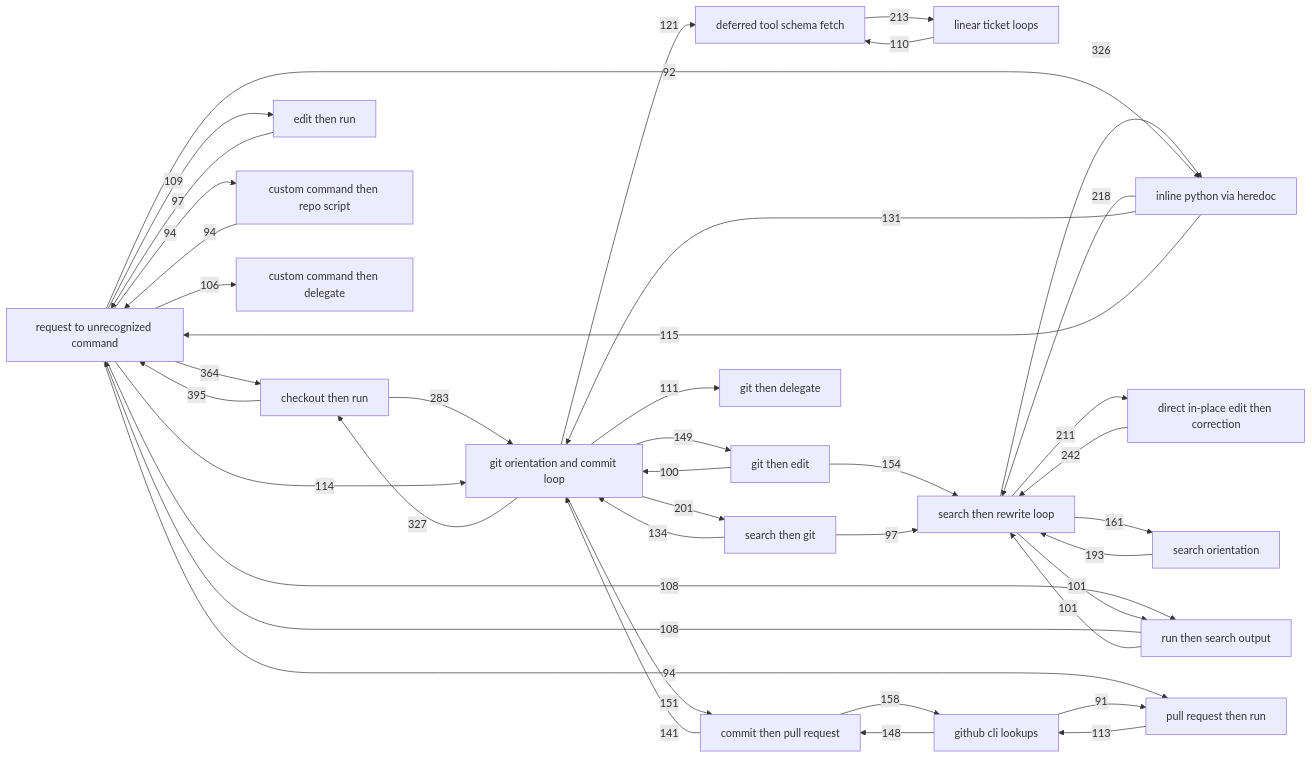
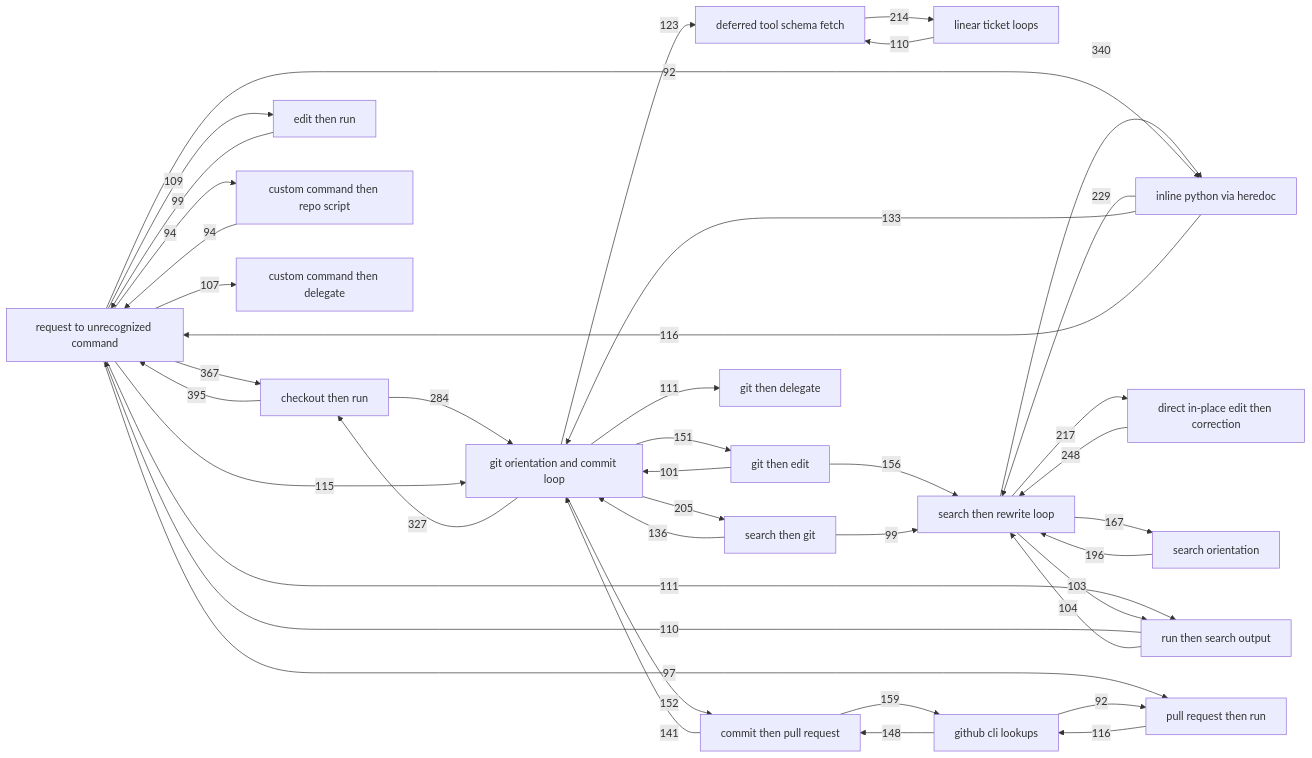
The diagram in candidates.md (aidanff/comb), drawn with Mermaid before and after one commit. The commit also changed other lines of this file and 2 other files, not shown here.

````diff
--- a/candidates.md
+++ b/candidates.md
@@ -465,62 +468,62 @@
 ```mermaid
 graph LR
   N001["deferred tool schema fetch"]
   N002["request to unrecognized command"]
   N003["git orientation and commit loop"]
   N004["linear ticket loops"]
   N006["inline python via heredoc"]
   N007["search then rewrite loop"]
   N009["checkout then run"]
   N010["direct in-place edit then correction"]
   N012["search orientation"]
   N014["edit then run"]
   N015["github cli lookups"]
   N016["run then search output"]
   N017["git then edit"]
   N019["commit then pull request"]
   N020["custom command then repo script"]
   N023["pull request then run"]
   N028["search then git"]
   N029["custom command then delegate"]
   N037["git then delegate"]
   N009 -->|395| N002
-  N002 -->|364| N009
+  N002 -->|367| N009
+  N007 -->|340| N006
   N003 -->|327| N009
-  N007 -->|326| N006
-  N009 -->|283| N003
-  N010 -->|242| N007
-  N006 -->|218| N007
-  N001 -->|213| N004
-  N007 -->|211| N010
-  N003 -->|201| N028
-  N012 -->|193| N007
-  N007 -->|161| N012
-  N019 -->|158| N015
-  N017 -->|154| N007
-  N003 -->|151| N019
-  N003 -->|149| N017
+  N009 -->|284| N003
+  N010 -->|248| N007
+  N006 -->|229| N007
+  N007 -->|217| N010
+  N001 -->|214| N004
+  N003 -->|205| N028
+  N012 -->|196| N007
+  N007 -->|167| N012
+  N019 -->|159| N015
+  N017 -->|156| N007
+  N003 -->|152| N019
+  N003 -->|151| N017
   N015 -->|148| N019
   N019 -->|141| N003
-  N028 -->|134| N003
-  N006 -->|131| N003
-  N003 -->|121| N001
-  N006 -->|115| N002
-  N002 -->|114| N003
-  N023 -->|113| N015
+  N028 -->|136| N003
+  N006 -->|133| N003
+  N003 -->|123| N001
+  N006 -->|116| N002
+  N023 -->|116| N015
+  N002 -->|115| N003
+  N002 -->|111| N016
   N003 -->|111| N037
   N004 -->|110| N001
+  N016 -->|110| N002
   N002 -->|109| N014
-  N002 -->|108| N016
-  N016 -->|108| N002
-  N002 -->|106| N029
-  N007 -->|101| N016
-  N016 -->|101| N007
-  N017 -->|100| N003
-  N014 -->|97| N002
-  N028 -->|97| N007
-  N002 -->|94| N023
+  N002 -->|107| N029
+  N016 -->|104| N007
+  N007 -->|103| N016
+  N017 -->|101| N003
+  N014 -->|99| N002
+  N028 -->|99| N007
+  N002 -->|97| N023
   N002 -->|94| N020
   N020 -->|94| N002
   N002 -->|92| N006
-  N015 -->|91| N023
+  N015 -->|92| N023
 ```
````
